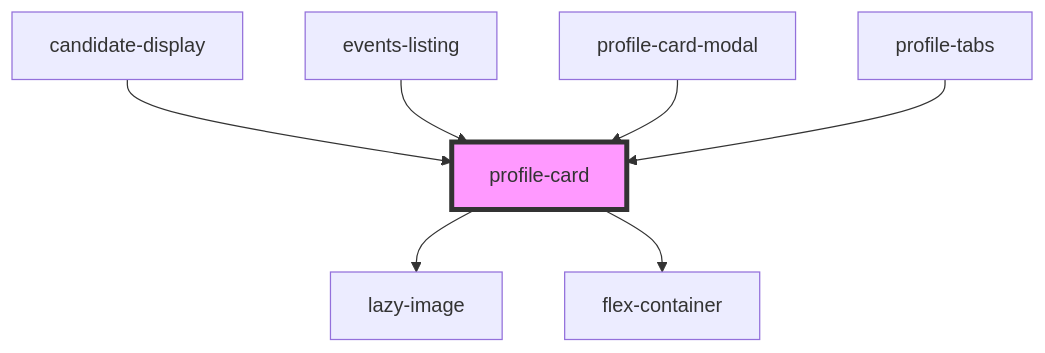
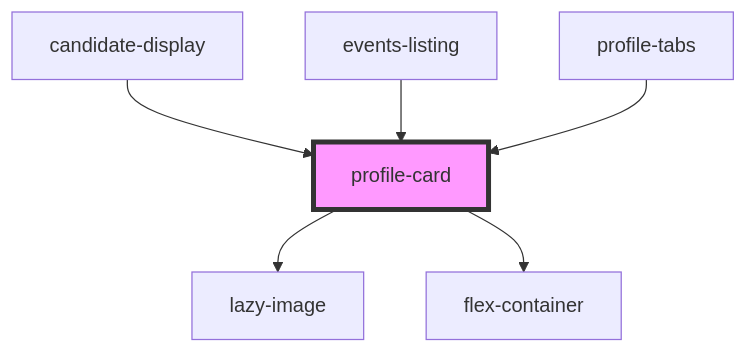
The diagram in src/components/cards/profile-card/readme.md (dev-kylo/component_library), drawn with Mermaid before and after one commit. The commit also changed other lines of this file and 8 other files, not shown here.

````diff
--- a/src/components/cards/profile-card/readme.md
+++ b/src/components/cards/profile-card/readme.md
@@ -73,10 +72,9 @@
 ```mermaid
 graph TD;
   profile-card --> lazy-image
   profile-card --> flex-container
   candidate-display --> profile-card
   events-listing --> profile-card
-  profile-card-modal --> profile-card
   profile-tabs --> profile-card
   style profile-card fill:#f9f,stroke:#333,stroke-width:4px
 ```
````
